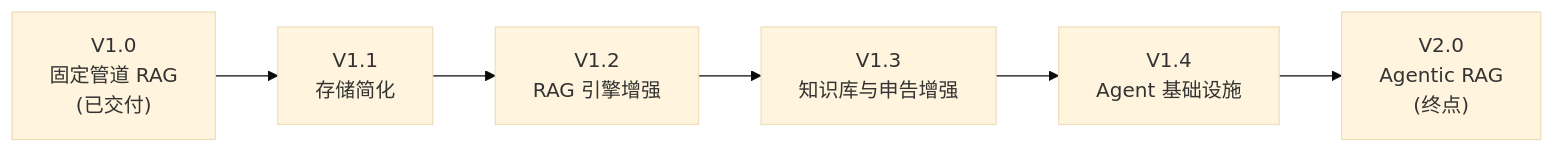
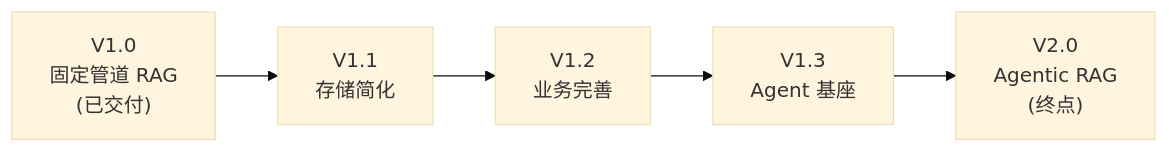
One commit to int2t05/Cognik changed the first of 8 diagrams in docs/ROADMAP.md. Above: the diagram before and after it, drawn with Mermaid (base theme). The commit also changed other lines of this file, not shown here.

First line of the commit message:
docs(roadmap): 版本线调整 — V1.3 提升为 Agent 基座

````diff
--- a/docs/ROADMAP.md
+++ b/docs/ROADMAP.md
@@ -15,8 +15,7 @@
 ```mermaid
 flowchart LR
     V1["V1.0<br/>固定管道 RAG<br/>(已交付)"] --> V11["V1.1<br/>存储简化"]
-    V11 --> V12["V1.2<br/>RAG 引擎增强"]
-    V12 --> V13["V1.3<br/>知识库与申告增强"]
-    V13 --> V14["V1.4<br/>Agent 基础设施"]
-    V14 --> V2["V2.0<br/>Agentic RAG<br/>(终点)"]
+    V11 --> V12["V1.2<br/>业务完善"]
+    V12 --> V13["V1.3<br/>Agent 基座"]
+    V13 --> V2["V2.0<br/>Agentic RAG<br/>(终点)"]
 ```
````
